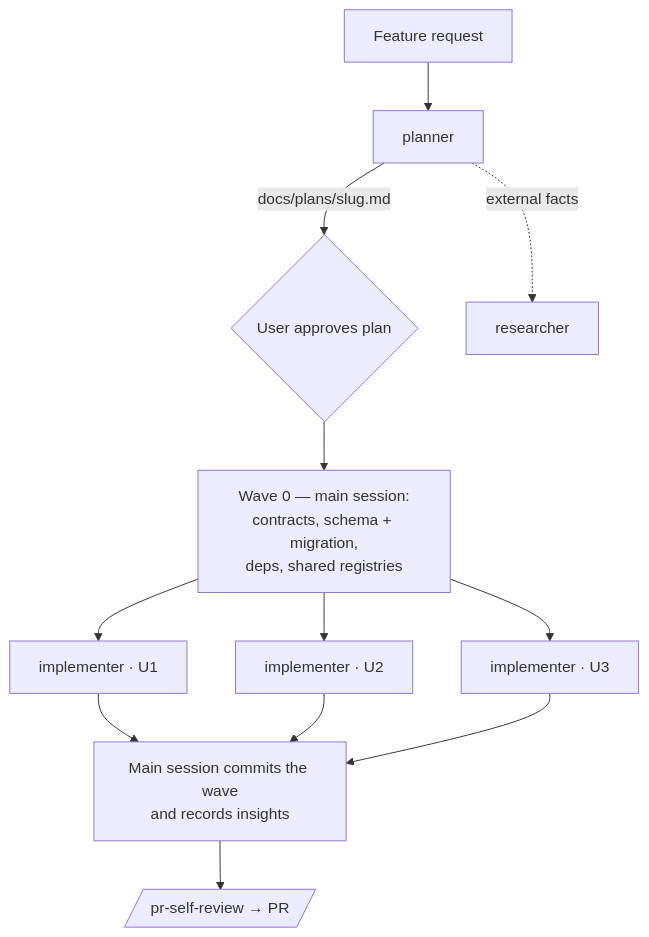
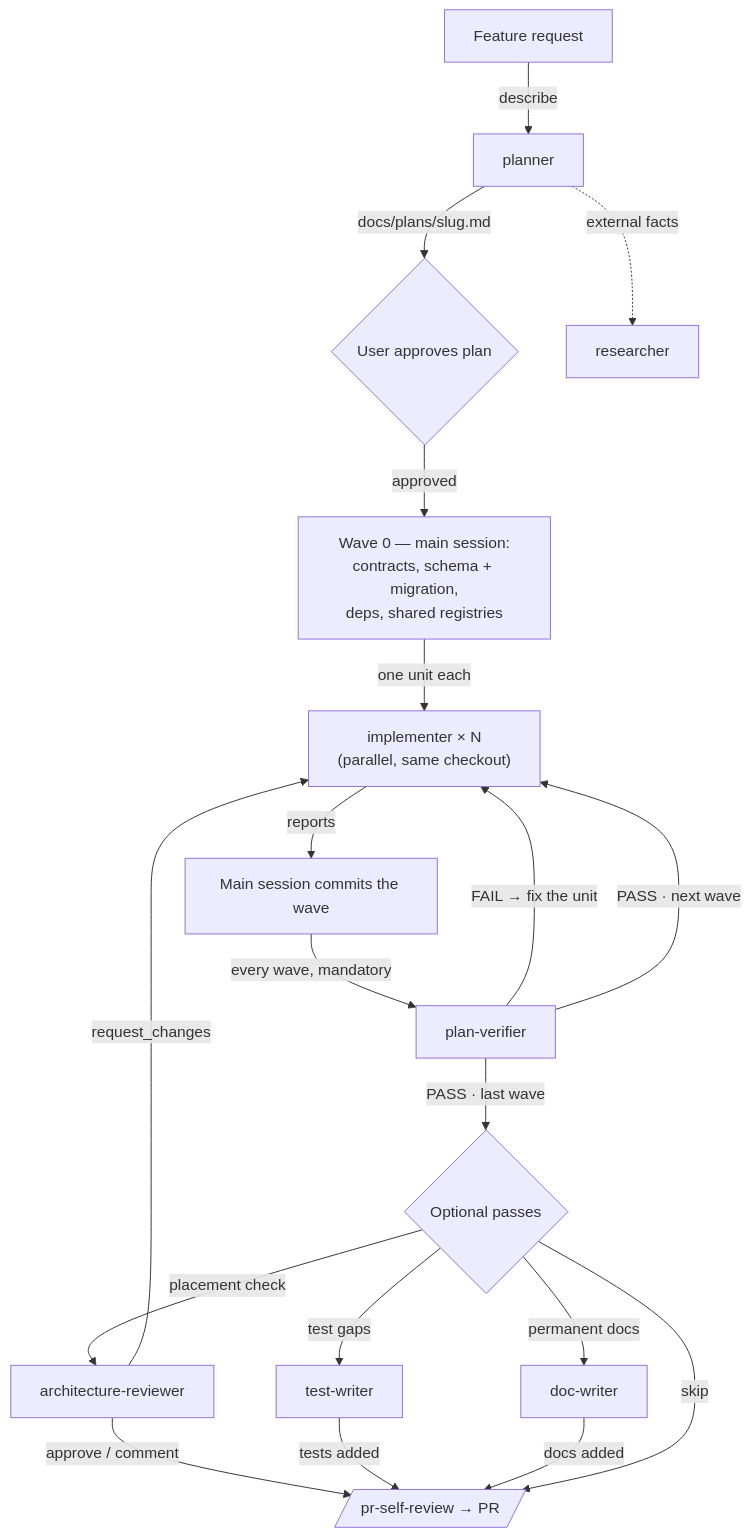
Before and after one commit to humen-dev/dev-digest: the diagram in .claude/agents/README.md, drawn with Mermaid. The commit also changed other lines of this file and 1 other file, not shown here.

First line of the commit message:
docs(agents): catalog the review and docs agents and update the flow

````diff
--- a/.claude/agents/README.md
+++ b/.claude/agents/README.md
@@ -25,12 +32,21 @@
 ```mermaid
 flowchart TD
-  R[Feature request] --> P[planner]
+  R[Feature request] -->|describe| P[planner]
   P -->|"docs/plans/slug.md"| A{User approves plan}
-  A --> W0[Wave 0 — main session:<br/>contracts, schema + migration,<br/>deps, shared registries]
-  W0 --> I1[implementer · U1]
-  W0 --> I2[implementer · U2]
-  W0 --> I3[implementer · U3]
-  I1 & I2 & I3 --> C[Main session commits the wave<br/>and records insights]
-  C --> PR[/pr-self-review → PR/]
+  A -->|approved| W0["Wave 0 — main session:<br/>contracts, schema + migration,<br/>deps, shared registries"]
+  W0 -->|"one unit each"| I["implementer × N<br/>(parallel, same checkout)"]
+  I -->|reports| C[Main session commits the wave]
+  C -->|"every wave, mandatory"| V[plan-verifier]
+  V -->|"FAIL → fix the unit"| I
+  V -->|"PASS · next wave"| I
+  V -->|"PASS · last wave"| O{Optional passes}
+  O -->|test gaps| TW[test-writer]
+  O -->|placement check| AR[architecture-reviewer]
+  O -->|permanent docs| DW[doc-writer]
+  AR -->|request_changes| I
+  AR -->|"approve / comment"| PR[/pr-self-review → PR/]
+  TW -->|tests added| PR
+  DW -->|docs added| PR
+  O -->|skip| PR
   P -. external facts .-> RS[researcher]
 ```
````
